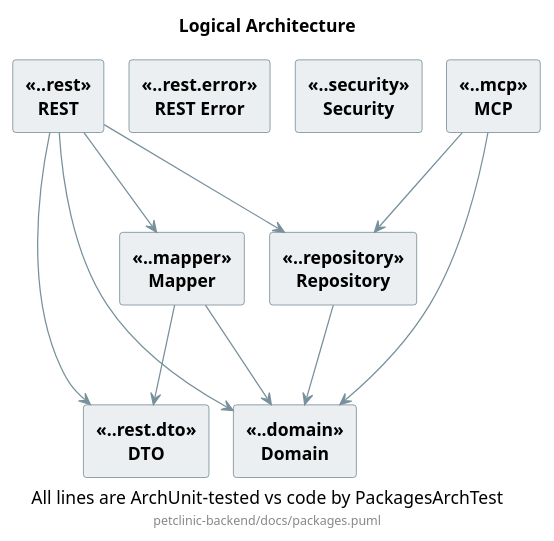
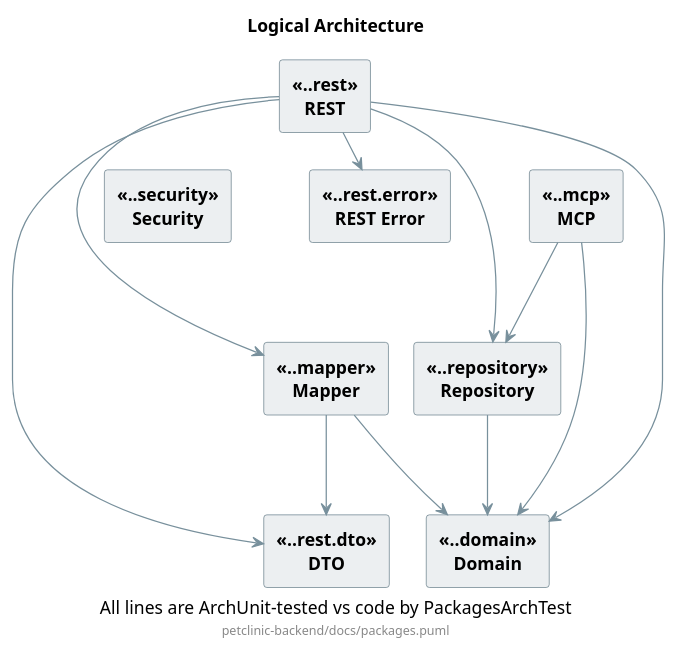
One commit to pmattiollo/petclinic changed the diagram in petclinic-backend/docs/packages.puml. Above: the diagram before and after it, drawn with PlantUML.

Commit message:
Update architecture diagram to allow REST → REST Error dependency
Added arrow from REST to REST Error component in the packages.puml diagram to permit VisitDateRangeHelper (in rest package) to throw VisitDateOutOfRangeException (in rest.error package).

Why this dependency makes sense: REST controllers and helpers need to throw domain-specific exceptions that live in rest.error. This is a legitimate architectural dependency - error classes are infrastructure code that REST layer components naturally use. The ArchUnit test was correctly flagging this as a violation because the diagram didn't document this relationship yet.

This follows the gravity principle: REST depends on REST Error, so REST Error sits below REST, and the arrow points downward.

```diff
--- a/petclinic-backend/docs/packages.puml
+++ b/petclinic-backend/docs/packages.puml
@@ -1,86 +1,87 @@
 @startuml
 
 title Logical Architecture
 caption All lines are ArchUnit-tested vs code by PackagesArchTest
 footer petclinic-backend/docs/packages.puml
 
 ' ── The recipe (portable — copy this whole layout trick to any project) ───────
 ' 1. GRAVITY. A package is drawn below everything that depends on it, so every
 '    arrow points downwards. Depth of a package = length of the longest chain of
 '    dependencies starting at it; depth 0 (packages that depend on nothing) goes
 '    at the bottom. That is a computation, not an opinion — no layer names here.
 '
 ' 2. INVISIBLE ANCHORS. Depths are held apart by a blank `label` per boundary,
 '    pinned by `-[hidden]->` arrows from every package above it and to every
 '    package below it. Nothing is drawn — the anchor only claims a row of its
 '    own, which is what forces the packages onto separate rows. Do NOT pin with
 '    hidden arrows between packages: ArchUnit reads those as real dependencies
 '    and the diagram would start permitting deps the code does not have. It
 '    drops the ones pointing at `sepN`, because `sepN` is not a component.
 '
 ' 3. CYCLES ARE RED. A bidirectional dependency is ONE red double-headed line.
 '    ArchUnit cannot parse `<-->` arrows, so back each red line with two
 '    `-[hidden]->` arrows, which it *does* parse as the two directed edges:
 '        [A] <-[#red,thickness=2]-> [B]
 '        [A] -[hidden]-> [B]
 '        [B] -[hidden]-> [A]
 '    No cycle exists here today; the convention is in place so one shows up red.
 ' ─────────────────────────────────────────────────────────────────────────────
 
 skinparam shadowing false
 skinparam componentStyle rectangle
 skinparam nodesep 20
 skinparam ranksep 30
 <style>
 component {
   BackGroundColor #ECEFF1
   LineColor #546E7A
   FontStyle bold
 }
 arrow {
   LineColor #78909C
 }
 </style>
 
 ' depth 2
 [REST] <<..rest>>
 [MCP] <<..mcp>>
 [REST Error] <<..rest.error>>
 [Security] <<..security>>
 
 ' depth 1
 [Mapper] <<..mapper>>
 [Repository] <<..repository>>
 
 ' depth 0
 [DTO] <<..rest.dto>>
 [Domain] <<..domain>>
 
 label " " as sep1
 label " " as sep2
 
 [Repository] --> [Domain]
 [Mapper] --> [Domain]
 [Mapper] --> [DTO]
 [REST] --> [Domain]
 [REST] --> [Repository]
 [REST] --> [Mapper]
 [REST] --> [DTO]
+[REST] --> [REST Error]
 [MCP] --> [Domain]
 [MCP] --> [Repository]
 
 ' depth 2 sits above depth 1
 [REST] -[hidden]-> sep1
 [MCP] -[hidden]-> sep1
 [REST Error] -[hidden]-> sep1
 [Security] -[hidden]-> sep1
 sep1 -[hidden]-> [Mapper]
 sep1 -[hidden]-> [Repository]
 
 ' depth 1 sits above depth 0
 [Mapper] -[hidden]-> sep2
 [Repository] -[hidden]-> sep2
 sep2 -[hidden]-> [DTO]
 sep2 -[hidden]-> [Domain]
 
 @enduml
```
